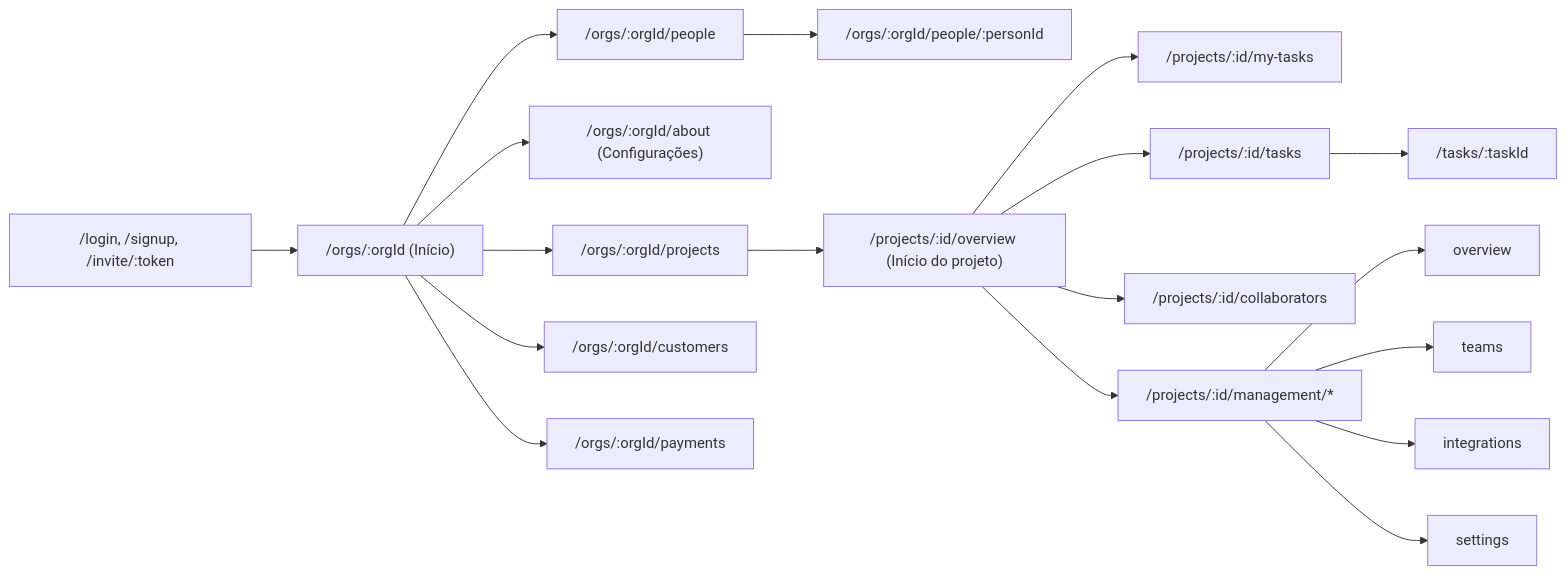
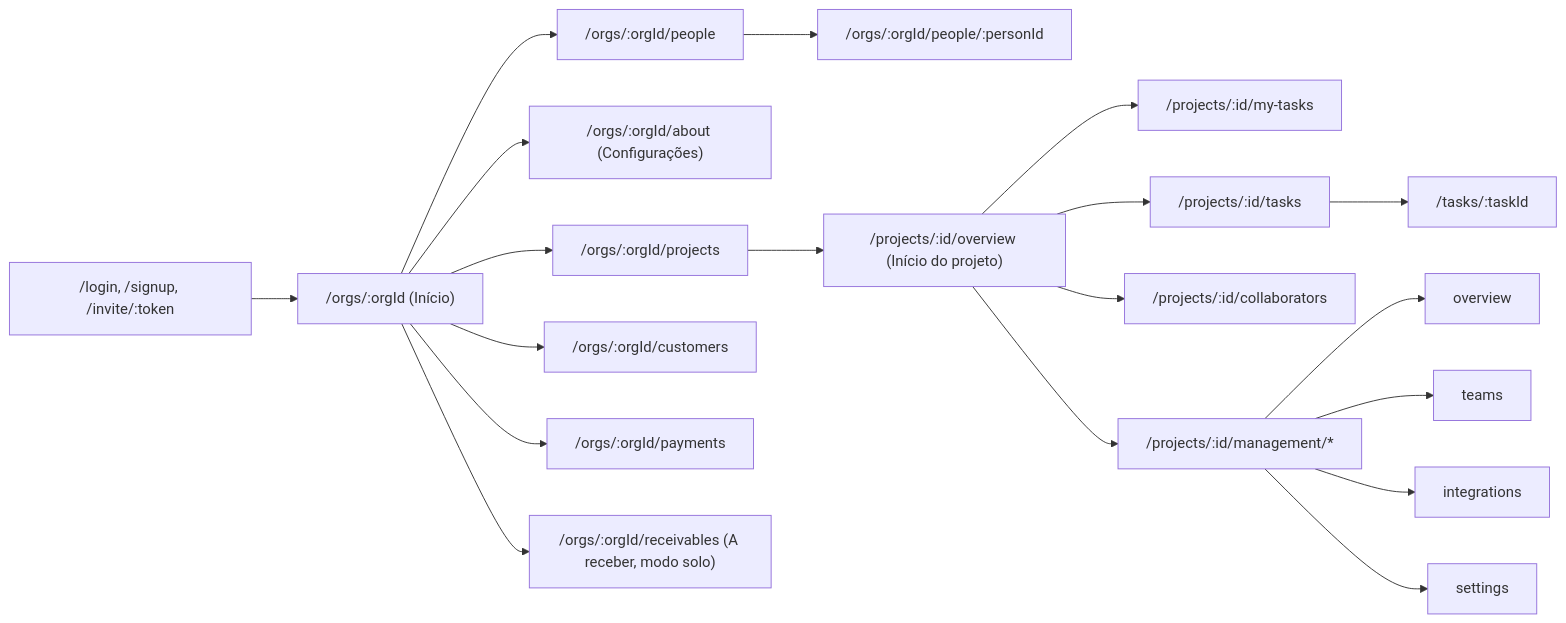
Before and after one commit to itallovidal/working-time-tracker: the diagram in _docs/frontend/routes.md, drawn with Mermaid. The commit also changed other lines of this file and 137 other files, not shown here.

````diff
--- a/_docs/frontend/routes.md
+++ b/_docs/frontend/routes.md
@@ -9,20 +9,21 @@
 ```mermaid
 flowchart LR
     login["/login, /signup, /invite/:token"] --> home["/orgs/:orgId (Início)"]
     home --> projects["/orgs/:orgId/projects"]
     home --> about["/orgs/:orgId/about (Configurações)"]
     home --> people["/orgs/:orgId/people"]
     home --> customers["/orgs/:orgId/customers"]
     home --> payments["/orgs/:orgId/payments"]
+    home --> receivables["/orgs/:orgId/receivables (A receber, modo solo)"]
     people --> person["/orgs/:orgId/people/:personId"]
     projects --> pov["/projects/:id/overview (Início do projeto)"]
     pov --> mine["/projects/:id/my-tasks"]
     pov --> tasks["/projects/:id/tasks"]
     pov --> collab["/projects/:id/collaborators"]
     tasks --> task["/tasks/:taskId"]
     pov --> mgmt["/projects/:id/management/*"]
     mgmt --> mov["overview"]
     mgmt --> mteams["teams"]
     mgmt --> minteg["integrations"]
     mgmt --> mset["settings"]
 ```
````
